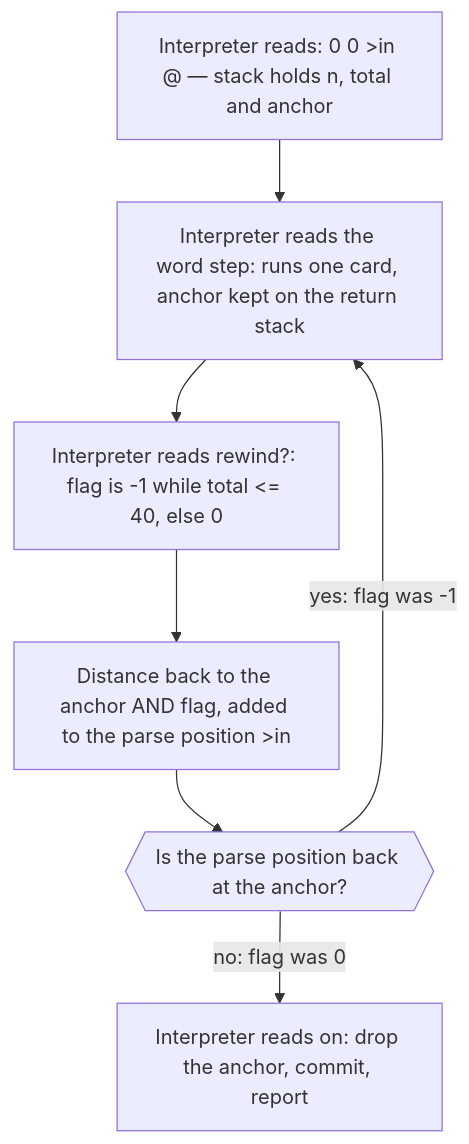
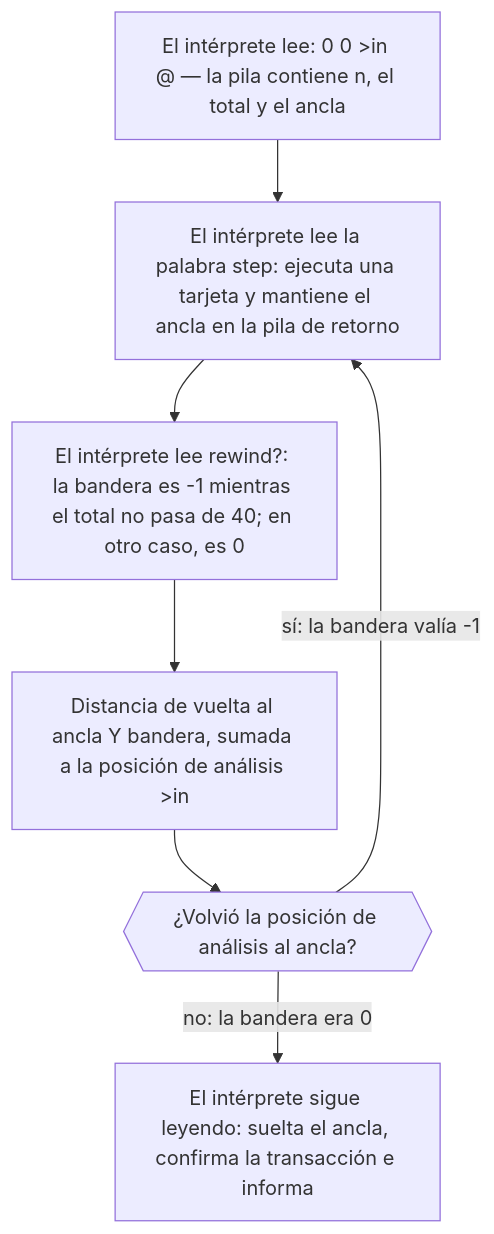
One commit to dullroar/aprende-a-programar-como-un-bicho-raro changed the diagram in src/forth-weird/README.md. Above: the diagram before and after it, drawn with Mermaid. The commit also changed other lines of this file and 14 other files, not shown here.

Commit message:
loop(P4-src-7): find-posix, forth-weird READMEs translated (129 segments); forth pilot verified; comma, NBSP, spelled-out number, unit and gloss fixes, verb-build and identifier waivers

````diff
--- a/src/forth-weird/README.md
+++ b/src/forth-weird/README.md
@@ -54,11 +54,11 @@
 ```mermaid
 flowchart TD
-    accTitle: forth-weird: the text interpreter reads the same words again
-    accDescr: A flowchart. The Forth text interpreter reads one line: zero zero, then at-in fetch, then step, then rewind-question. Zero zero pushes the card number and the total. At-in fetch pushes the parse position, which is the anchor. The word step runs one card with the anchor kept on the return stack. The word rewind-question makes a flag, minus one while the total is 40 or less, and zero otherwise. It combines the flag with the distance back to the anchor, and adds that to the parse position. If the flag was true, the parse position is back at the anchor, so the interpreter reads step again. If it was false, the parse position is unchanged, and the interpreter goes on to drop, commit and report.
-    A["Interpreter reads: 0 0 #gt;in @ — stack holds n, total and anchor"] --> B["Interpreter reads the word step: runs one card, anchor kept on the return stack"]
-    B --> C["Interpreter reads rewind?: flag is -1 while total <= 40, else 0"]
-    C --> D["Distance back to the anchor AND flag, added to the parse position #gt;in"]
-    D --> E{{"Is the parse position back at the anchor?"}}
-    E -->|"yes: flag was -1"| B
-    E -->|"no: flag was 0"| F["Interpreter reads on: drop the anchor, commit, report"]
+    accTitle: forth-weird: el intérprete de texto vuelve a leer las mismas palabras
+    accDescr: Un diagrama de flujo. El intérprete de texto de Forth lee una línea: cero cero, luego at-in fetch, luego step y luego rewind-question. Cero cero apila el número de tarjeta y el total. At-in fetch apila la posición de análisis, que es el ancla. La palabra step ejecuta una tarjeta con el ancla guardada en la pila de retorno. La palabra rewind-question crea una bandera: menos uno mientras el total no pasa de 40 y cero en cualquier otro caso. Combina la bandera con la distancia de regreso al ancla y suma el resultado a la posición de análisis. Si la bandera era verdadera, la posición de análisis vuelve al ancla y el intérprete lee step otra vez. Si era falsa, la posición de análisis no cambia y el intérprete sigue con drop, commit y report.
+    A["El intérprete lee: 0 0 #gt;in @ — la pila contiene n, el total y el ancla"] --> B["El intérprete lee la palabra step: ejecuta una tarjeta y mantiene el ancla en la pila de retorno"]
+    B --> C["El intérprete lee rewind?: la bandera es -1 mientras el total no pasa de 40; en otro caso, es 0"]
+    C --> D["Distancia de vuelta al ancla Y bandera, sumada a la posición de análisis #gt;in"]
+    D --> E{{"¿Volvió la posición de análisis al ancla?"}}
+    E -->|"sí: la bandera valía -1"| B
+    E -->|"no: la bandera era 0"| F["El intérprete sigue leyendo: suelta el ancla, confirma la transacción e informa"]
 ```
````
